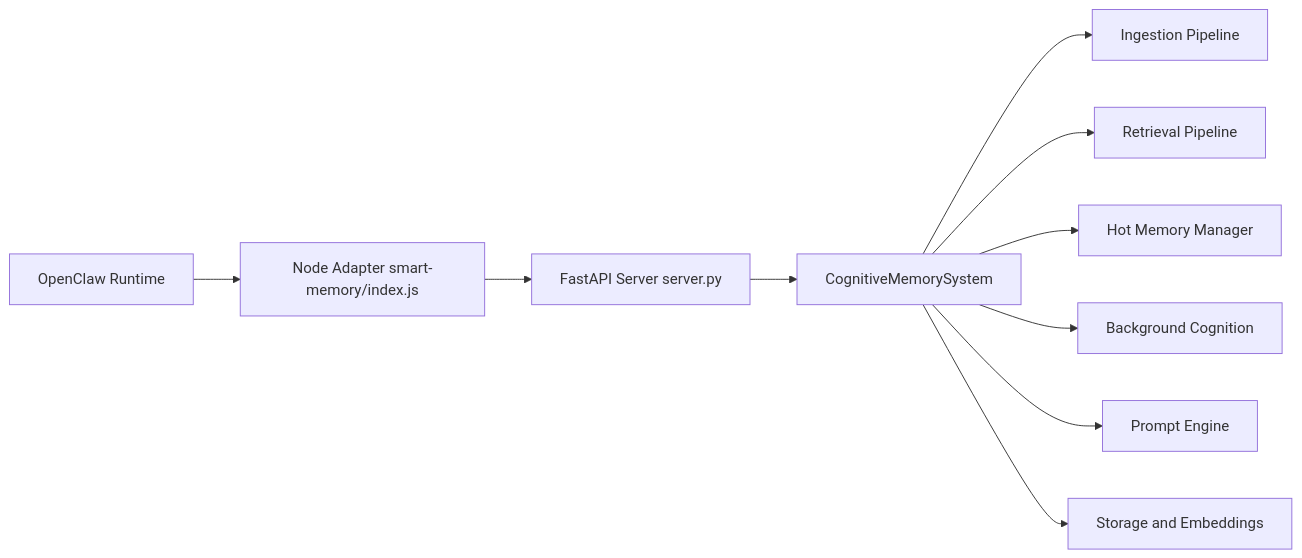
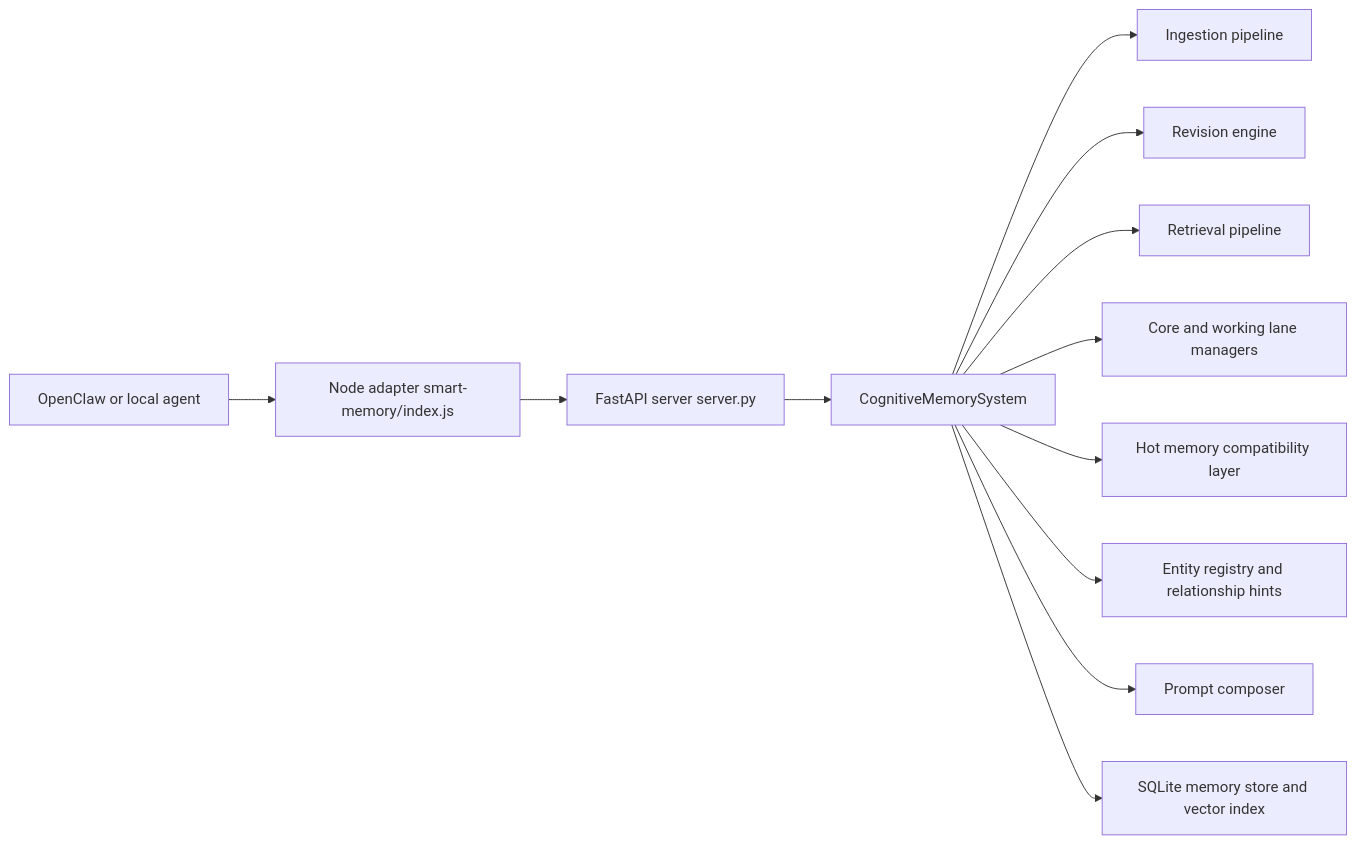
The diagram in README.md (BluePointDigital/smart-memory), drawn with Mermaid before and after one commit. The commit also changed other lines of this file and 66 other files, not shown here.

Commit message:
Implement Smart Memory v3 experimental branch

````diff
--- a/README.md
+++ b/README.md
@@ -45,12 +25,14 @@
 ```mermaid
 flowchart LR
-  OC["OpenClaw Runtime"] --> AD["Node Adapter smart-memory/index.js"]
-  AD --> API["FastAPI Server server.py"]
+  OC["OpenClaw or local agent"] --> AD["Node adapter smart-memory/index.js"]
+  AD --> API["FastAPI server server.py"]
   API --> SYS["CognitiveMemorySystem"]
-  SYS --> ING["Ingestion Pipeline"]
-  SYS --> RET["Retrieval Pipeline"]
-  SYS --> HOT["Hot Memory Manager"]
-  SYS --> COG["Background Cognition"]
-  SYS --> PRM["Prompt Engine"]
-  SYS --> STO["Storage and Embeddings"]
+  SYS --> ING["Ingestion pipeline"]
+  SYS --> REV["Revision engine"]
+  SYS --> RET["Retrieval pipeline"]
+  SYS --> LANE["Core and working lane managers"]
+  SYS --> HOT["Hot memory compatibility layer"]
+  SYS --> ENT["Entity registry and relationship hints"]
+  SYS --> PRM["Prompt composer"]
+  SYS --> STO["SQLite memory store and vector index"]
 ```
````
